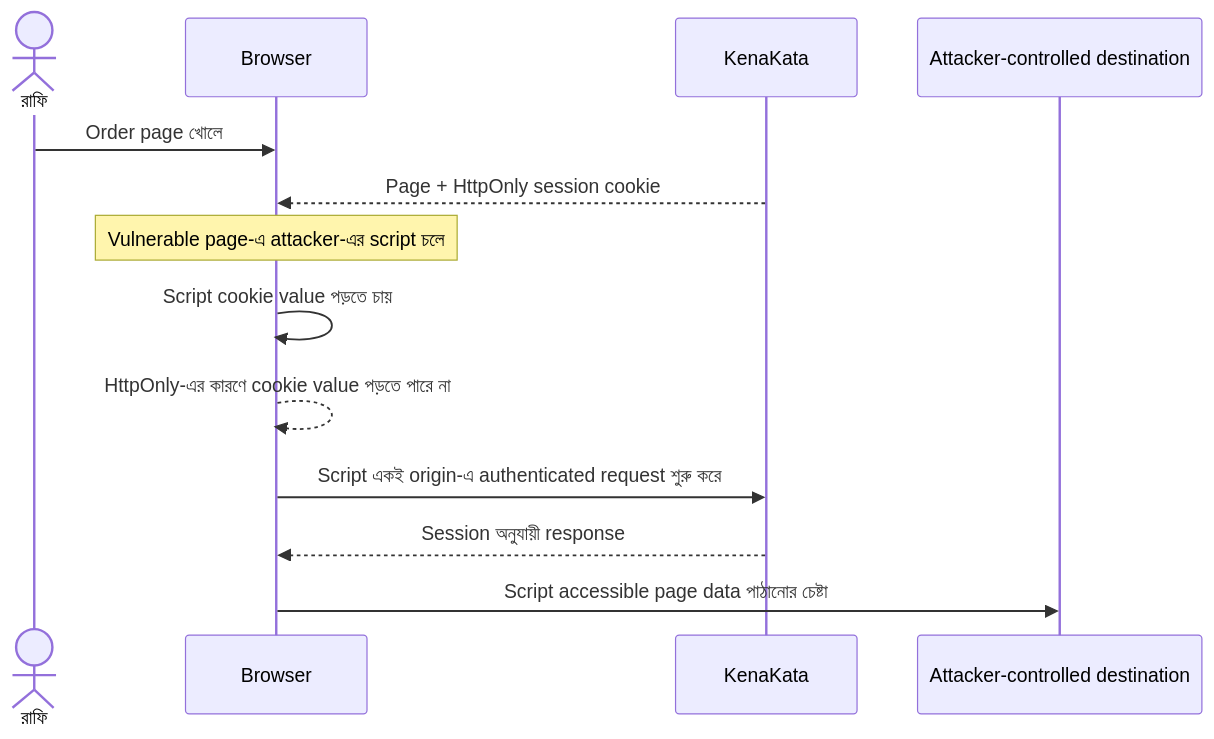
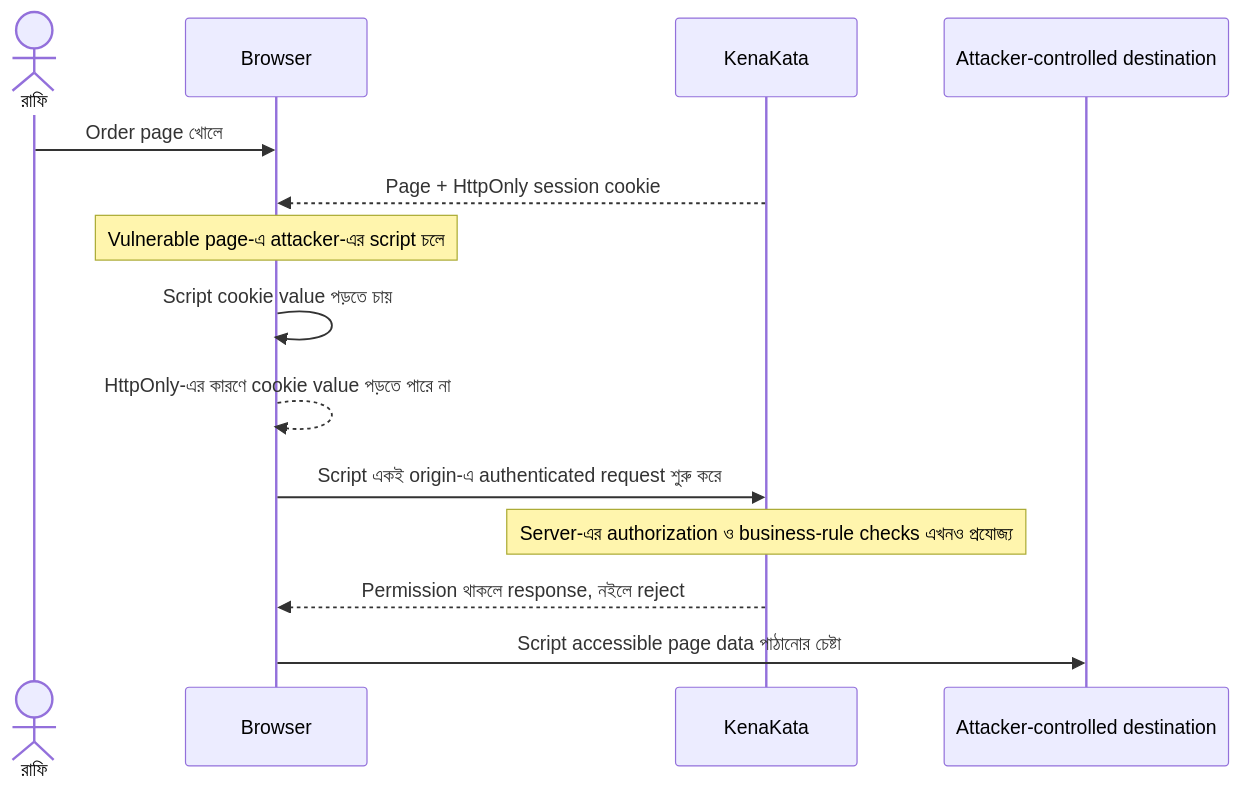
One commit to shomi-khan/auth-security-journey changed the third of 4 diagrams in series/season-1-browser-session-token/07-xss-and-httponly/README.md. Above: the diagram before and after it, drawn with Mermaid. The commit also changed other lines of this file, not shown here.

Commit message:
Clarify server-side authorization boundary in XSS flow

````diff
--- a/series/season-1-browser-session-token/07-xss-and-httponly/README.md
+++ b/series/season-1-browser-session-token/07-xss-and-httponly/README.md
@@ -96,16 +96,17 @@
 ```mermaid
 sequenceDiagram
     actor R as রাফি
     participant B as Browser
     participant K as KenaKata
     participant A as Attacker-controlled destination
 
     R->>B: Order page খোলে
     K-->>B: Page + HttpOnly session cookie
     Note over B: Vulnerable page-এ attacker-এর script চলে
     B->>B: Script cookie value পড়তে চায়
     B-->>B: HttpOnly-এর কারণে cookie value পড়তে পারে না
     B->>K: Script একই origin-এ authenticated request শুরু করে
-    K-->>B: Session অনুযায়ী response
+    Note over K: Server-এর authorization ও business-rule checks এখনও প্রযোজ্য
+    K-->>B: Permission থাকলে response, নইলে reject
     B->>A: Script accessible page data পাঠানোর চেষ্টা
 ```
````
